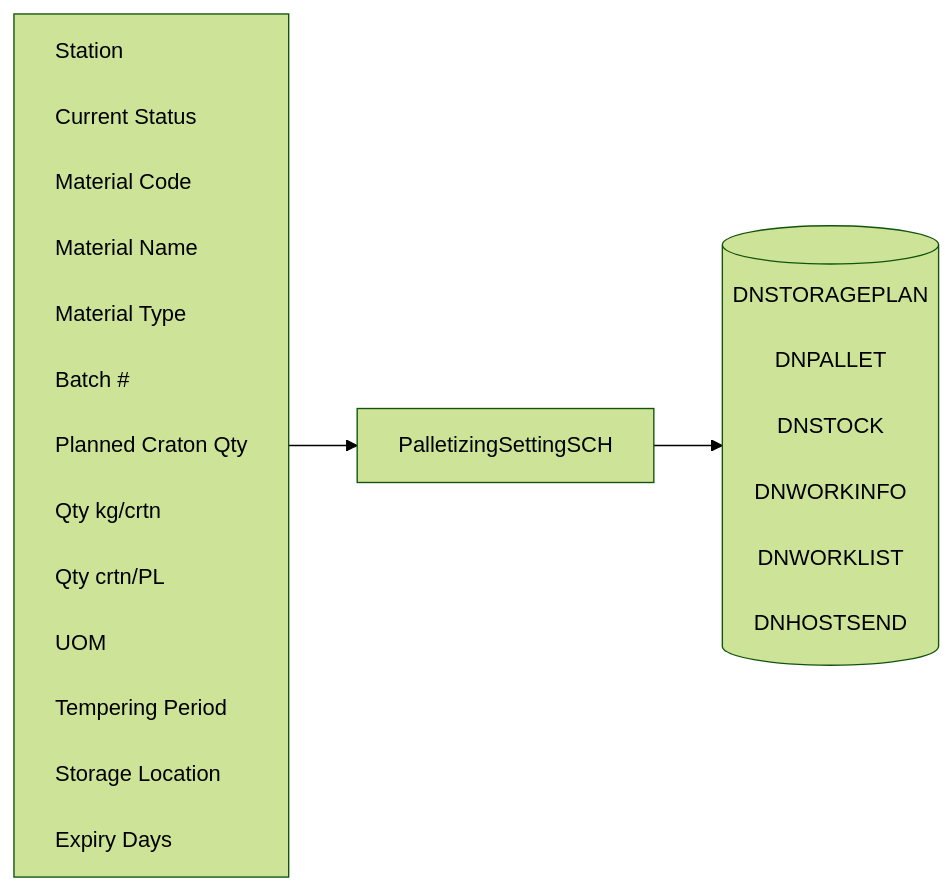
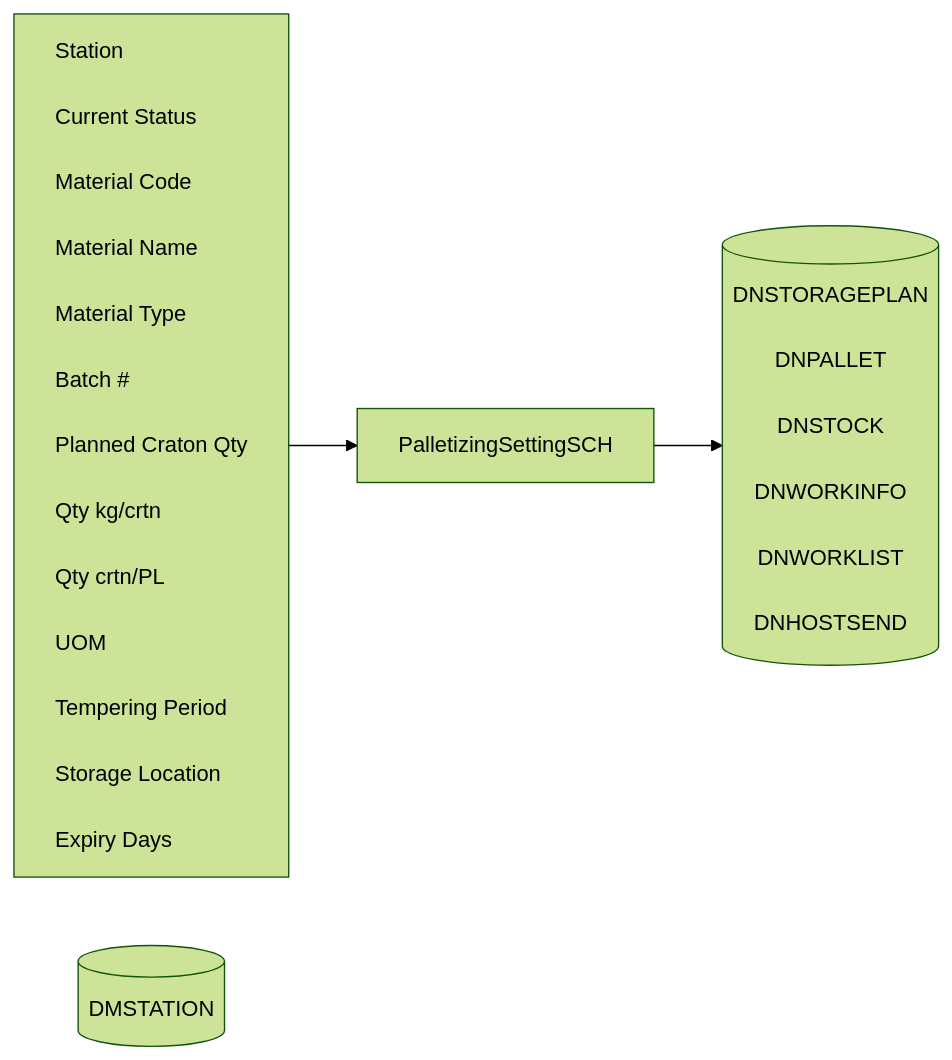
Before and after one commit to luthfiadityaa/SimeDarby-Wiki: the diagram in Basic-Design/DFD-WMS/Storage/Palletizing-Settting/Palletize-Start.md, drawn with Mermaid (forest theme).

Commit message:
Updated Palletize Start

```diff
--- a/Basic-Design/DFD-WMS/Storage/Palletizing-Settting/Palletize-Start.md
+++ b/Basic-Design/DFD-WMS/Storage/Palletizing-Settting/Palletize-Start.md
@@ -18,35 +18,39 @@
 ::: mermaid
 flowchart LR
     input[
         Station<br>
         Current Status<br>
         Material Code<br>
         Material Name<br>
         Material Type<br>
         Batch #<br>
         Planned Craton Qty<br>
         Qty kg/crtn<br>
         Qty crtn/PL<br>
         UOM<br>
         Tempering Period<br>
         Storage Location<br>
         Expiry Days<br>
     ]
 
     tableList-insert[("
         DNSTORAGEPLAN<br>
         DNPALLET<br>
         DNSTOCK<br>
         DNWORKINFO<br>
         DNWORKLIST<br>
         DNHOSTSEND<br>
     ")]
 
+    tableList-update[("
+        DMSTATION
+    ")]
+
     className[PalletizingSettingSCH]
 
     input --> className --> tableList-insert
 
     classDef leftAlign text-align:left;
     class input leftAlign;
 
 :::
```
